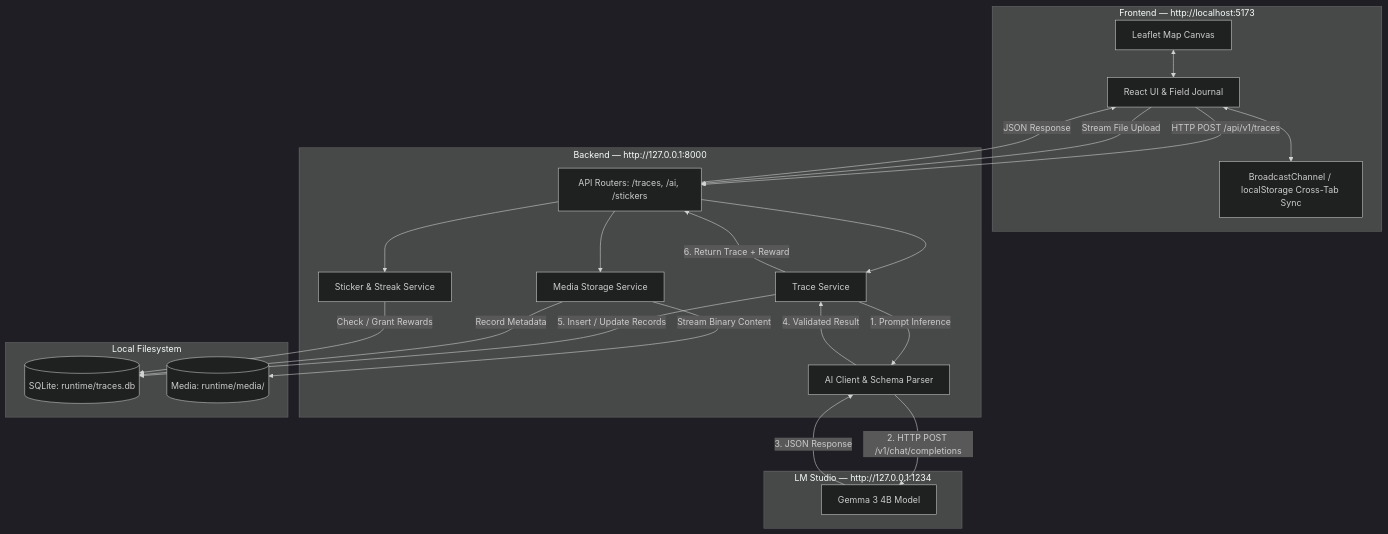
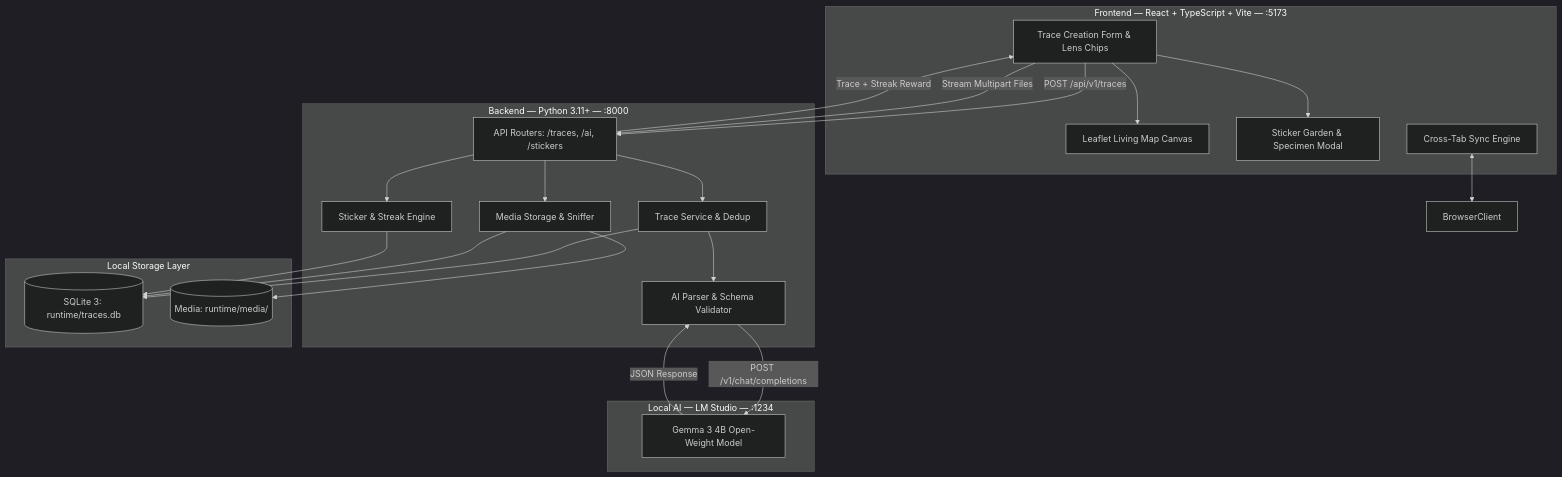
One commit to shiriei/TRACE changed the second of 3 diagrams in README.md. Above: the diagram before and after it, drawn with Mermaid (dark theme). The commit also changed other lines of this file, not shown here.

````diff
--- a/README.md
+++ b/README.md
@@ -211,47 +250,46 @@
 ```mermaid
 graph TB
-    subgraph Browser Client [Frontend — http://localhost:5173]
-        UI[React UI & Field Journal]
-        Map[Leaflet Map Canvas]
-        Sync[BroadcastChannel / localStorage Cross-Tab Sync]
+    subgraph Browser Client [Frontend — React + TypeScript + Vite — :5173]
+        Map[Leaflet Living Map Canvas]
+        Capture[Trace Creation Form & Lens Chips]
+        Garden[Sticker Garden & Specimen Modal]
+        Sync[Cross-Tab Sync Engine]
     end
 
-    subgraph FastAPI Server [Backend — http://127.0.0.1:8000]
+    subgraph FastAPIServer [Backend — Python 3.11+ — :8000]
         Router[API Routers: /traces, /ai, /stickers]
-        TraceSvc[Trace Service]
-        StickerSvc[Sticker & Streak Service]
-        MediaSvc[Media Storage Service]
-        AISvc[AI Client & Schema Parser]
+        TraceSvc[Trace Service & Dedup]
+        StickerSvc[Sticker & Streak Engine]
+        MediaSvc[Media Storage & Sniffer]
+        AISvc[AI Parser & Schema Validator]
     end
 
-    subgraph Local Storage [Local Filesystem]
-        DB[(SQLite: runtime/traces.db)]
-        Media[(Media: runtime/media/)]
+    subgraph Storage [Local Storage Layer]
+        DB[(SQLite 3: runtime/traces.db)]
+        Files[(Media: runtime/media/)]
     end
 
-    subgraph Local Inference [LM Studio — http://127.0.0.1:1234]
-        LLM[Gemma 3 4B Model]
+    subgraph Inference [Local AI — LM Studio — :1234]
+        Model[Gemma 3 4B Open-Weight Model]
     end
 
-    UI -->|HTTP POST /api/v1/traces| Router
-    UI -->|Stream File Upload| Router
-    UI <--> Sync
-    Map <--> UI
-
+    Capture -->|POST /api/v1/traces| Router
+    Capture -->|Stream Multipart Files| Router
     Router --> TraceSvc
     Router --> MediaSvc
     Router --> StickerSvc
 
-    TraceSvc -->|1. Prompt Inference| AISvc
-    AISvc -->|2. HTTP POST /v1/chat/completions| LLM
-    LLM -->|3. JSON Response| AISvc
-    AISvc -->|4. Validated Result| TraceSvc
+    TraceSvc --> AISvc
+    AISvc -->|POST /v1/chat/completions| Model
+    Model -->|JSON Response| AISvc
 
-    TraceSvc -->|5. Insert / Update Records| DB
-    MediaSvc -->|Stream Binary Content| Media
-    MediaSvc -->|Record Metadata| DB
-    StickerSvc -->|Check / Grant Rewards| DB
+    TraceSvc --> DB
+    MediaSvc --> Files
+    MediaSvc --> DB
+    StickerSvc --> DB
 
-    TraceSvc -->|6. Return Trace + Reward| Router
-    Router -->|JSON Response| UI
+    Router -->|Trace + Streak Reward| Capture
+    Capture --> Map
+    Capture --> Garden
+    Sync <--> BrowserClient
 ```
````
